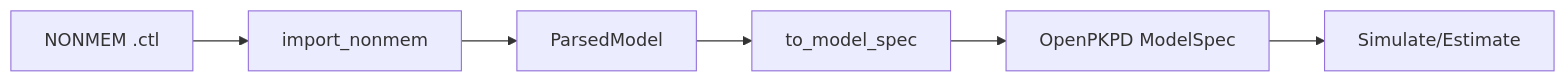
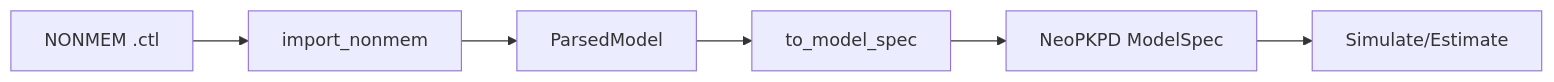
Before and after one commit to shramish2057/NeoPKPD: the diagram in docs/julia/import/index.md, drawn with Mermaid. The commit also changed other lines of this file and 409 other files, not shown here.

Commit message:
refactor: changed the tool name from OpenPKPD to NeoPKPD

````diff
--- a/docs/julia/import/index.md
+++ b/docs/julia/import/index.md
@@ -169,8 +169,8 @@
 ```mermaid
 graph LR
     A[NONMEM .ctl] --> B[import_nonmem]
     B --> C[ParsedModel]
     C --> D[to_model_spec]
-    D --> E[OpenPKPD ModelSpec]
+    D --> E[NeoPKPD ModelSpec]
     E --> F[Simulate/Estimate]
 ```
````
